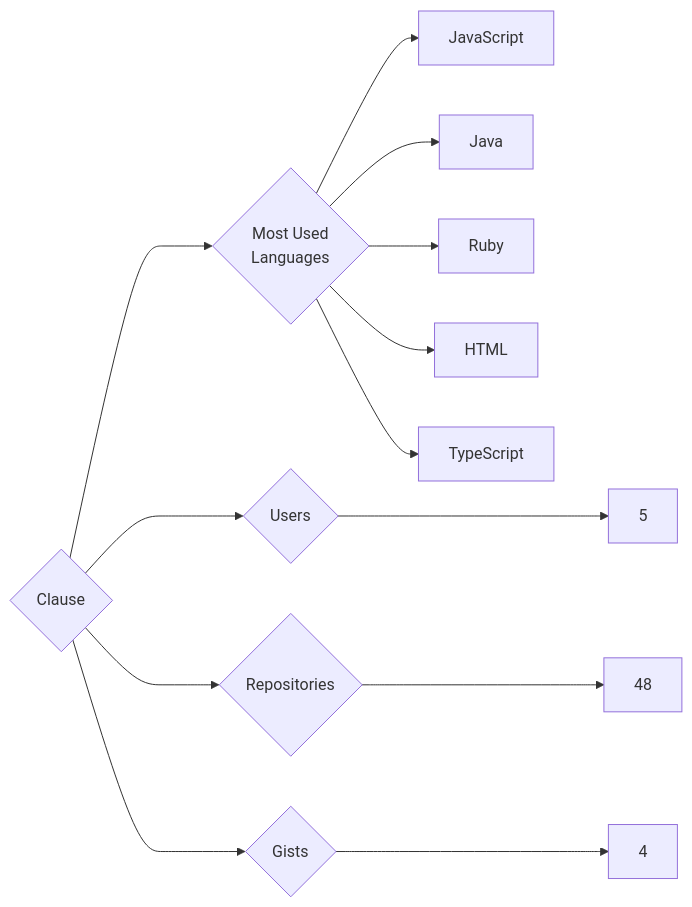
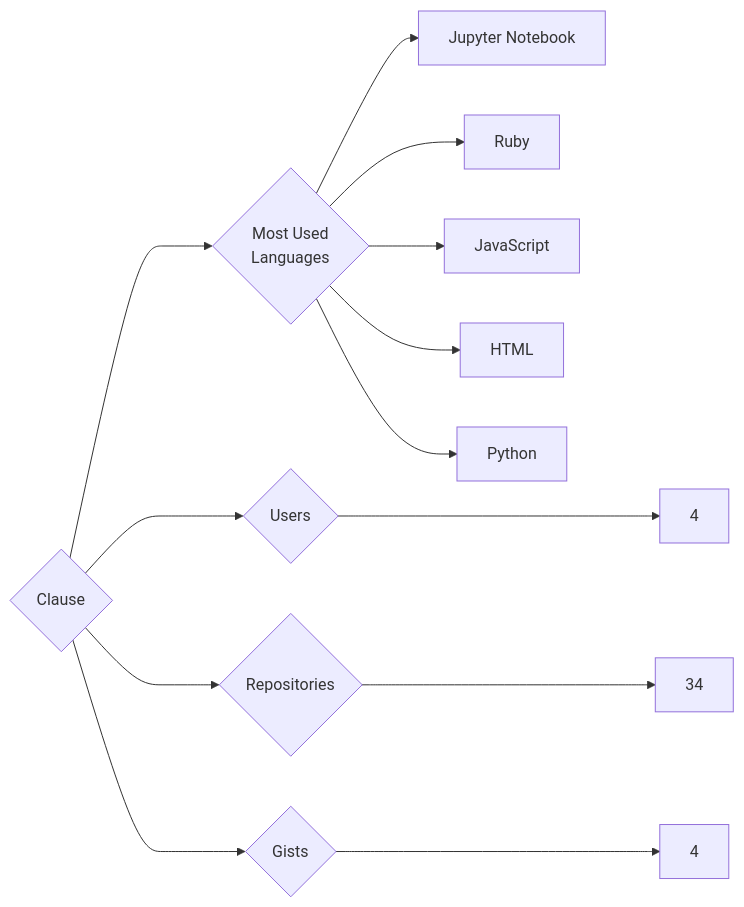
One commit to trickest/insiders changed the diagram in targets/Clause/README.md. Above: the diagram before and after it, drawn with Mermaid. The commit also changed 998 other files, not shown here.

````diff
--- a/targets/Clause/README.md
+++ b/targets/Clause/README.md
@@ -3,13 +3,13 @@
 ```mermaid
 graph LR
 COMPANY_NAME{Clause}
-COMPANY_NAME ---> U{Users} ---> UN[5]
-COMPANY_NAME ---> R{Repositories} ---> RN[48]
+COMPANY_NAME ---> U{Users} ---> UN[4]
+COMPANY_NAME ---> R{Repositories} ---> RN[34]
 COMPANY_NAME ---> G{Gists} ---> GN[4]
 COMPANY_NAME ---> ML{Most Used<br>Languages}
+ML --> Jupyter_Notebook[Jupyter Notebook]
+ML --> Ruby[Ruby]
 ML --> JavaScript[JavaScript]
-ML --> Java[Java]
-ML --> Ruby[Ruby]
 ML --> HTML[HTML]
-ML --> TypeScript[TypeScript]
+ML --> Python[Python]
 ```
````
